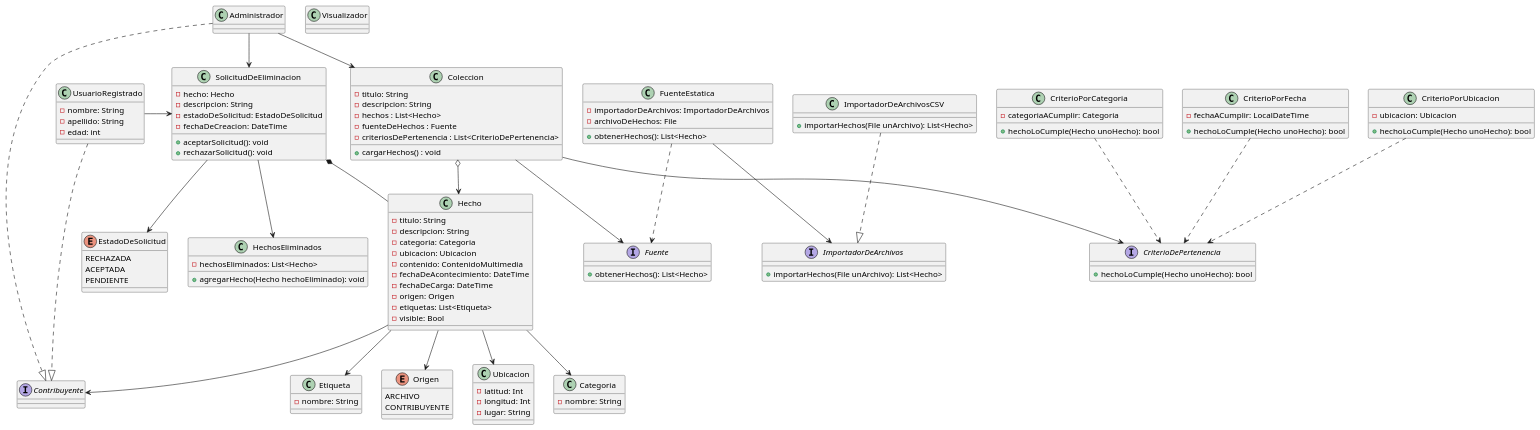
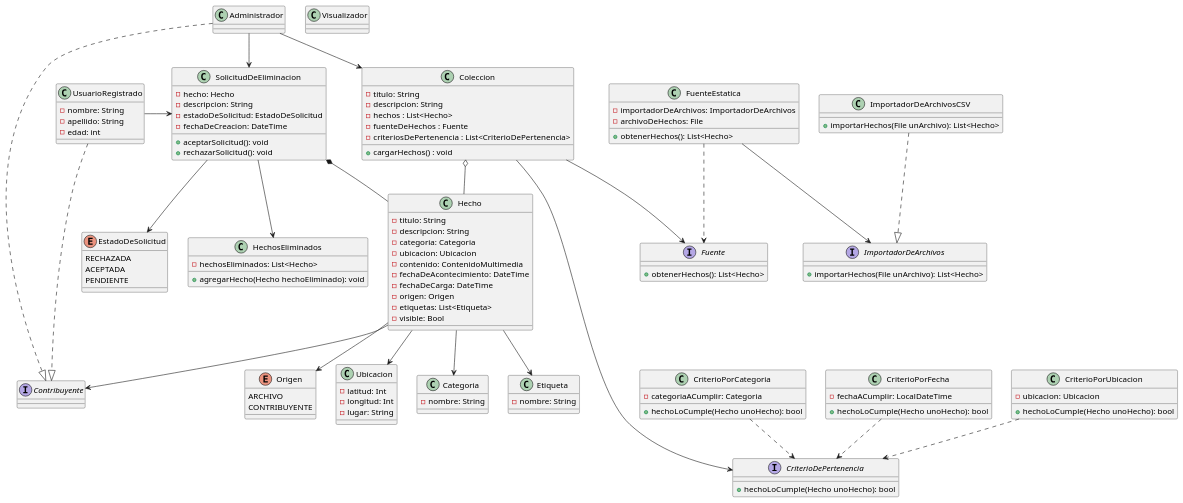
The diagram in diagrams/TPA-1eraEntrega.puml (vrramiro/tpa-DDSI-2025), drawn with PlantUML before and after one commit.

Commit message:
reacomodamiento de diagrama

```diff
--- a/diagrams/TPA-1eraEntrega.puml
+++ b/diagrams/TPA-1eraEntrega.puml
@@ -1,145 +1,145 @@
 @startuml
 ' Diseño del sistema de hechos y colecciones
 
 '================== ENUMS ==================
 enum Origen {
     ARCHIVO
     CONTRIBUYENTE
 }
 
 enum EstadoDeSolicitud {
     RECHAZADA
     ACEPTADA
     PENDIENTE
 }
 
 '================== INTERFACES ==================
 interface Contribuyente
 interface Fuente {
     + obtenerHechos(): List<Hecho>
 }
 interface ImportadorDeArchivos {
     + importarHechos(File unArchivo): List<Hecho>
 }
 interface CriterioDePertenencia {
     + hechoLoCumple(Hecho unoHecho): bool
 }
 
 '================== USUARIOS ==================
 class UsuarioRegistrado {
     - nombre: String
     - apellido: String
     - edad: int
 }
 class Administrador
 class Visualizador
 
 UsuarioRegistrado ..|> Contribuyente
 Administrador ..|> Contribuyente
 
 '================== HECHOS ==================
 class Hecho {
     - titulo: String
     - descripcion: String
     - categoria: Categoria
     - ubicacion: Ubicacion
     - contenido: ContenidoMultimedia
     - fechaDeAcontecimiento: DateTime
     - fechaDeCarga: DateTime
     - origen: Origen
     - etiquetas: List<Etiqueta>
     - visible: Bool
 }
 
 class Ubicacion {
     - latitud: Int
     - longitud: Int
     - lugar: String
 }
 
 class Categoria {
     - nombre: String
 }
 
 class Etiqueta {
     - nombre: String
 }
 
 class HechosEliminados {
     - hechosEliminados: List<Hecho>
     + agregarHecho(Hecho hechoEliminado): void
 }
 
 '================== COLECCIÓN ==================
 class Coleccion {
     - titulo: String
     - descripcion: String
     - hechos : List<Hecho>
     - fuenteDeHechos : Fuente
     - criteriosDePertenencia : List<CriterioDePertenencia>
     + cargarHechos() : void
 }
 
 Administrador --> Coleccion
 Coleccion --> Fuente
-Coleccion o--> Hecho
-Coleccion --> CriterioDePertenencia
+Coleccion o-- Hecho
+Coleccion ----> CriterioDePertenencia
 
 '================== FUENTES ==================
 class FuenteEstatica {
     - importadorDeArchivos: ImportadorDeArchivos
     - archivoDeHechos: File
     + obtenerHechos(): List<Hecho>
 }
 FuenteEstatica ..> Fuente
 FuenteEstatica --> ImportadorDeArchivos
 
 class ImportadorDeArchivosCSV {
     + importarHechos(File unArchivo): List<Hecho>
 }
 ImportadorDeArchivosCSV ..|> ImportadorDeArchivos
 
 '================== CRITERIOS ==================
 class CriterioPorCategoria {
     - categoriaACumplir: Categoria
     + hechoLoCumple(Hecho unoHecho): bool
 }
 
 class CriterioPorFecha {
     - fechaACumplir: LocalDateTime
     + hechoLoCumple(Hecho unoHecho): bool
 }
 
 class CriterioPorUbicacion {
     - ubicacion: Ubicacion
     + hechoLoCumple(Hecho unoHecho): bool
 }
 
 CriterioPorCategoria ..> CriterioDePertenencia
 CriterioPorFecha ..> CriterioDePertenencia
 CriterioPorUbicacion ..> CriterioDePertenencia
 
 '================== SOLICITUDES ==================
 class SolicitudDeEliminacion {
     - hecho: Hecho
     - descripcion: String
     - estadoDeSolicitud: EstadoDeSolicitud
     - fechaDeCreacion: DateTime
     + aceptarSolicitud(): void
     + rechazarSolicitud(): void
 }
 
 SolicitudDeEliminacion *-- Hecho
 SolicitudDeEliminacion --> EstadoDeSolicitud
 SolicitudDeEliminacion --> HechosEliminados
 Administrador -> SolicitudDeEliminacion
 UsuarioRegistrado -> SolicitudDeEliminacion
 
 '================== RELACIONES ==================
 Hecho --> Categoria
 Hecho --> Origen
 Hecho --> Contribuyente
 Hecho --> Ubicacion
 Hecho --> Etiqueta
 
 @enduml
```
